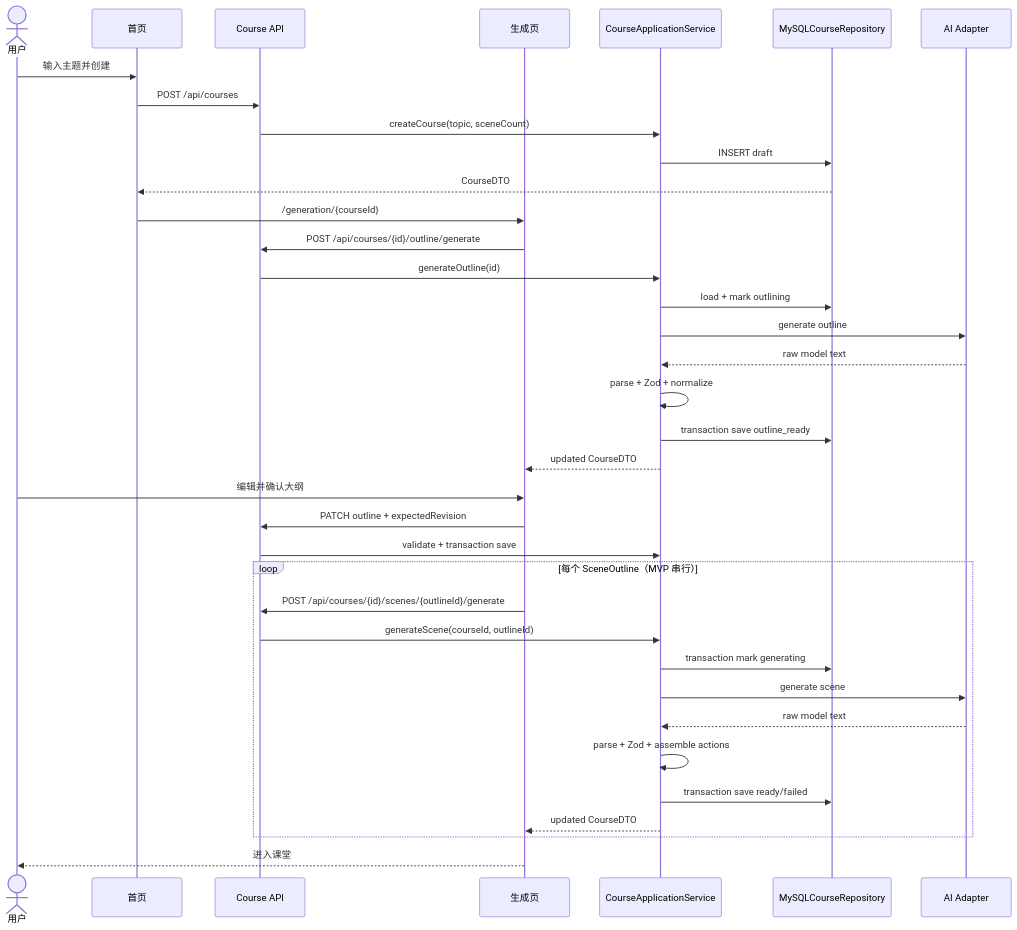
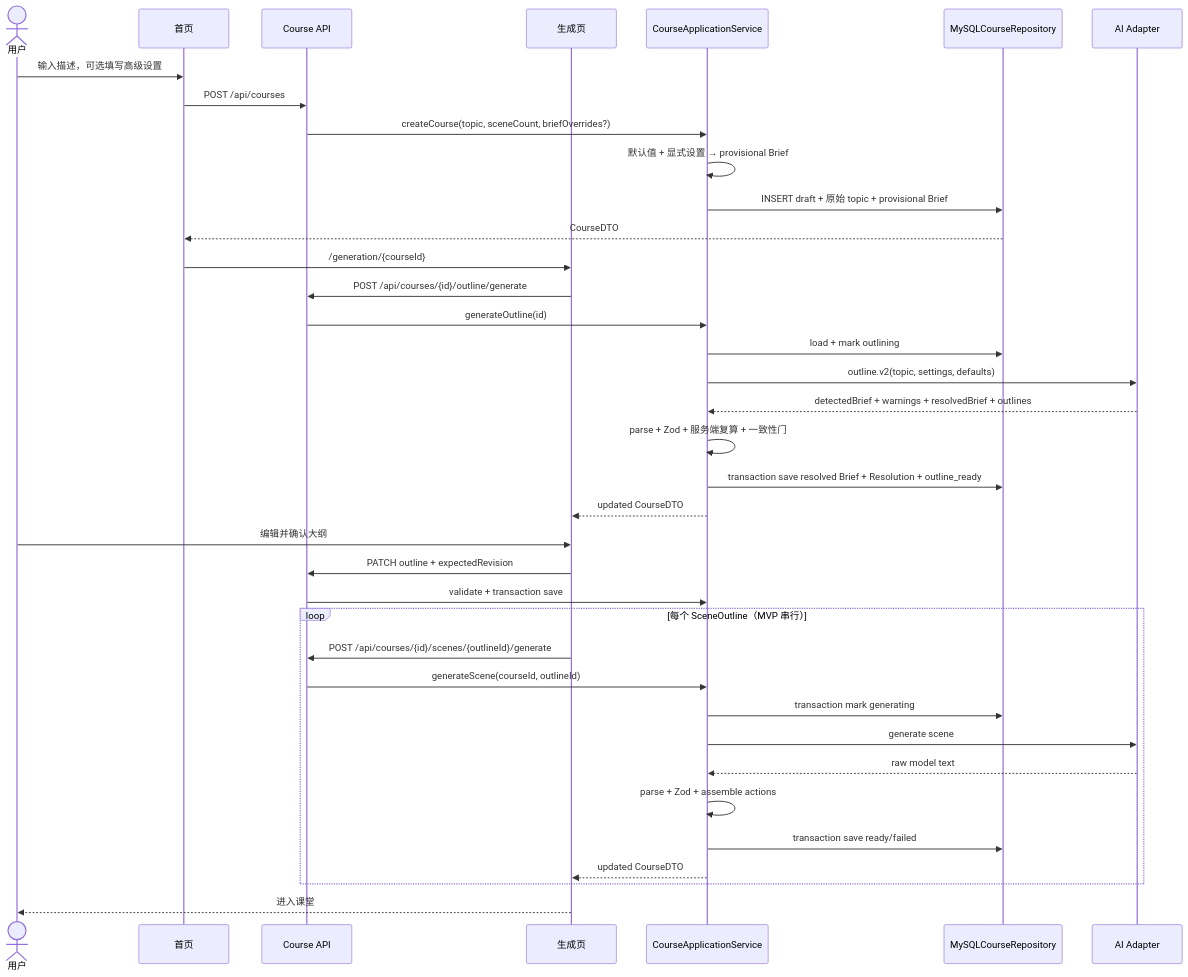
Before and after one commit to shuige666666/ai-teaching-assistance-platform: the third of 4 diagrams in docs/03-architecture.md, drawn with Mermaid. The commit also changed other lines of this file and 9 other files, not shown here.

````diff
--- a/docs/03-architecture.md
+++ b/docs/03-architecture.md
@@ -303,41 +318,42 @@
 ```mermaid
 sequenceDiagram
     actor U as 用户
     participant H as 首页
     participant C as Course API
     participant G as 生成页
     participant A as CourseApplicationService
     participant R as MySQLCourseRepository
     participant M as AI Adapter
 
-    U->>H: 输入主题并创建
+    U->>H: 输入描述，可选填写高级设置
     H->>C: POST /api/courses
-    C->>A: createCourse(topic, sceneCount)
-    A->>R: INSERT draft
+    C->>A: createCourse(topic, sceneCount, briefOverrides?)
+    A->>A: 默认值 + 显式设置 → provisional Brief
+    A->>R: INSERT draft + 原始 topic + provisional Brief
     R-->>H: CourseDTO
     H->>G: /generation/{courseId}
     G->>C: POST /api/courses/{id}/outline/generate
     C->>A: generateOutline(id)
     A->>R: load + mark outlining
-    A->>M: generate outline
-    M-->>A: raw model text
-    A->>A: parse + Zod + normalize
-    A->>R: transaction save outline_ready
+    A->>M: outline.v2(topic, settings, defaults)
+    M-->>A: detectedBrief + warnings + resolvedBrief + outlines
+    A->>A: parse + Zod + 服务端复算 + 一致性门
+    A->>R: transaction save resolved Brief + Resolution + outline_ready
     A-->>G: updated CourseDTO
     U->>G: 编辑并确认大纲
     G->>C: PATCH outline + expectedRevision
     C->>A: validate + transaction save
 
     loop 每个 SceneOutline（MVP 串行）
       G->>C: POST /api/courses/{id}/scenes/{outlineId}/generate
       C->>A: generateScene(courseId, outlineId)
       A->>R: transaction mark generating
       A->>M: generate scene
       M-->>A: raw model text
       A->>A: parse + Zod + assemble actions
       A->>R: transaction save ready/failed
       A-->>G: updated CourseDTO
     end
 
     G-->>U: 进入课堂
 ```
````
